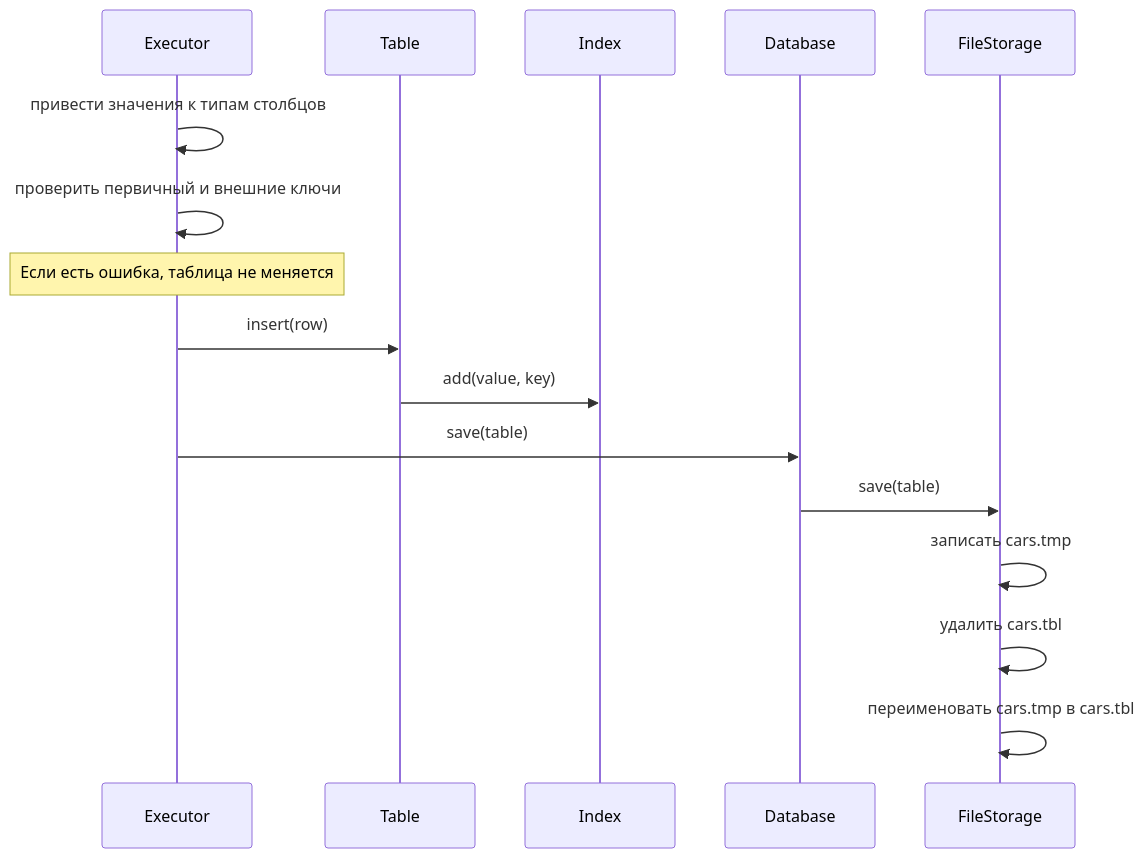
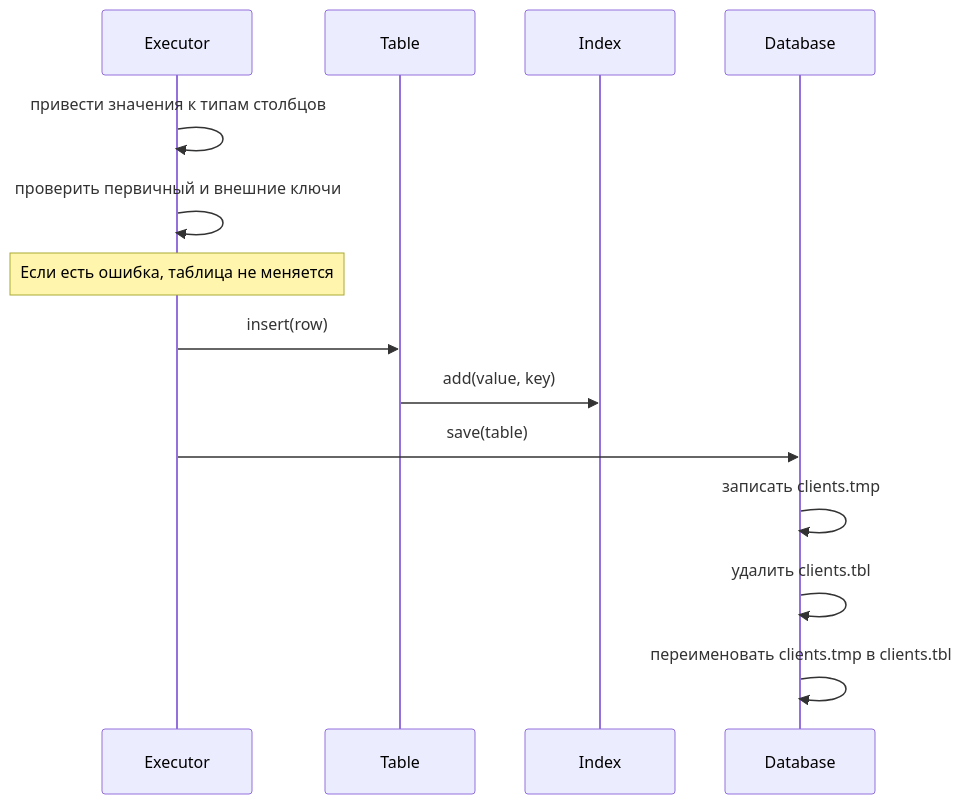
Before and after one commit to sergei0908/Java2: the fourth of 4 diagrams in readme.md, drawn with Mermaid. The commit also changed other lines of this file and 21 other files, not shown here.

````diff
--- a/readme.md
+++ b/readme.md
@@ -248,19 +317,17 @@
 ```mermaid
 sequenceDiagram
     participant E as Executor
     participant T as Table
     participant I as Index
     participant D as Database
-    participant F as FileStorage
 
     E->>E: привести значения к типам столбцов
     E->>E: проверить первичный и внешние ключи
     Note over E: Если есть ошибка, таблица не меняется
     E->>T: insert(row)
     T->>I: add(value, key)
     E->>D: save(table)
-    D->>F: save(table)
-    F->>F: записать cars.tmp
-    F->>F: удалить cars.tbl
-    F->>F: переименовать cars.tmp в cars.tbl
+    D->>D: записать clients.tmp
+    D->>D: удалить clients.tbl
+    D->>D: переименовать clients.tmp в clients.tbl
 ```
````
